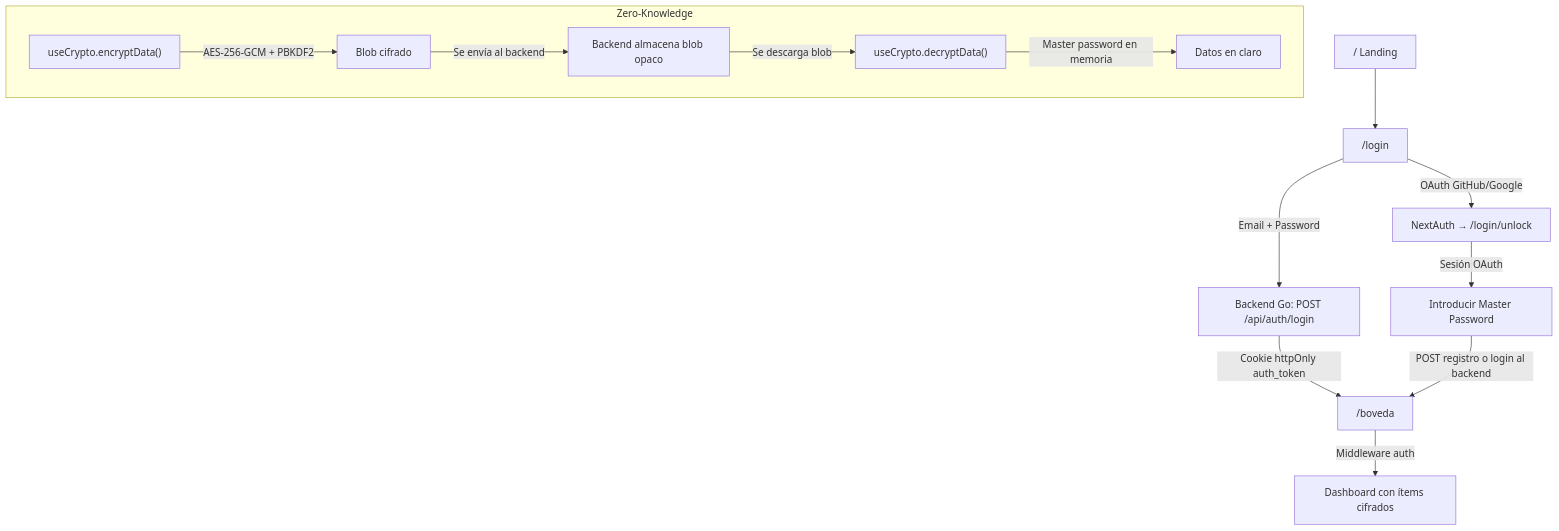
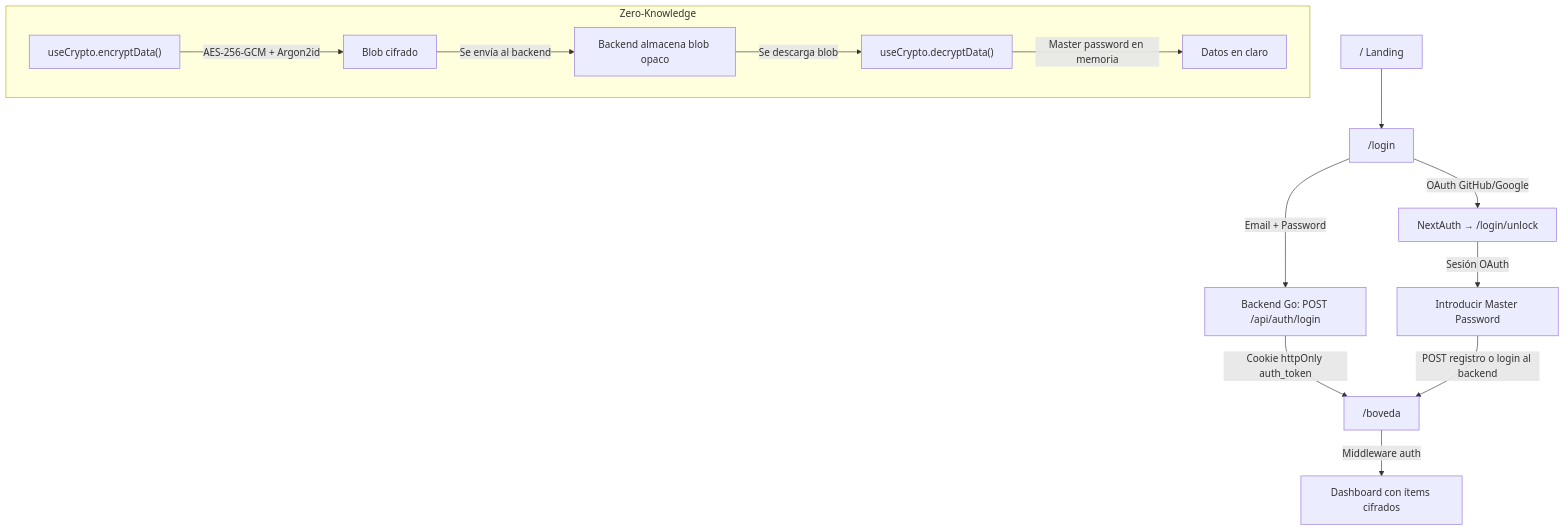
One commit to Giankrp/Alcatraz changed the diagram in README.md. Above: the diagram before and after it, drawn with Mermaid. The commit also changed other lines of this file and 78 other files, not shown here.

````diff
--- a/README.md
+++ b/README.md
@@ -95,17 +95,17 @@
 ```mermaid
 flowchart TD
     A["/ Landing"] --> B["/login"]
     B -->|Email + Password| C["Backend Go: POST /api/auth/login"]
     B -->|OAuth GitHub/Google| D["NextAuth → /login/unlock"]
     C -->|Cookie httpOnly auth_token| E["/boveda"]
     D -->|Sesión OAuth| F["Introducir Master Password"]
     F -->|POST registro o login al backend| E
     E -->|Middleware auth| G["Dashboard con ítems cifrados"]
 
     subgraph Zero-Knowledge
-        H["useCrypto.encryptData()"] -->|AES-256-GCM + PBKDF2| I["Blob cifrado"]
+        H["useCrypto.encryptData()"] -->|AES-256-GCM + Argon2id| I["Blob cifrado"]
         I -->|Se envía al backend| J["Backend almacena blob opaco"]
         J -->|Se descarga blob| K["useCrypto.decryptData()"]
         K -->|Master password en memoria| L["Datos en claro"]
     end
 ```
````
